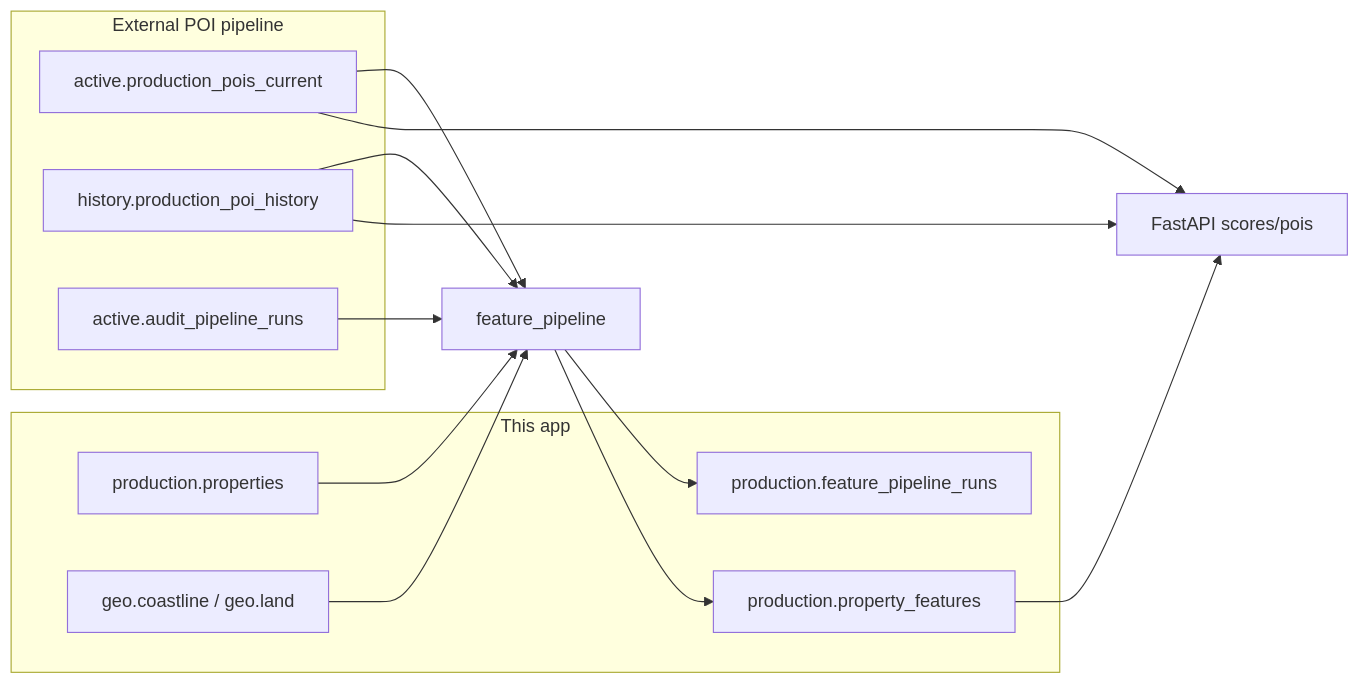
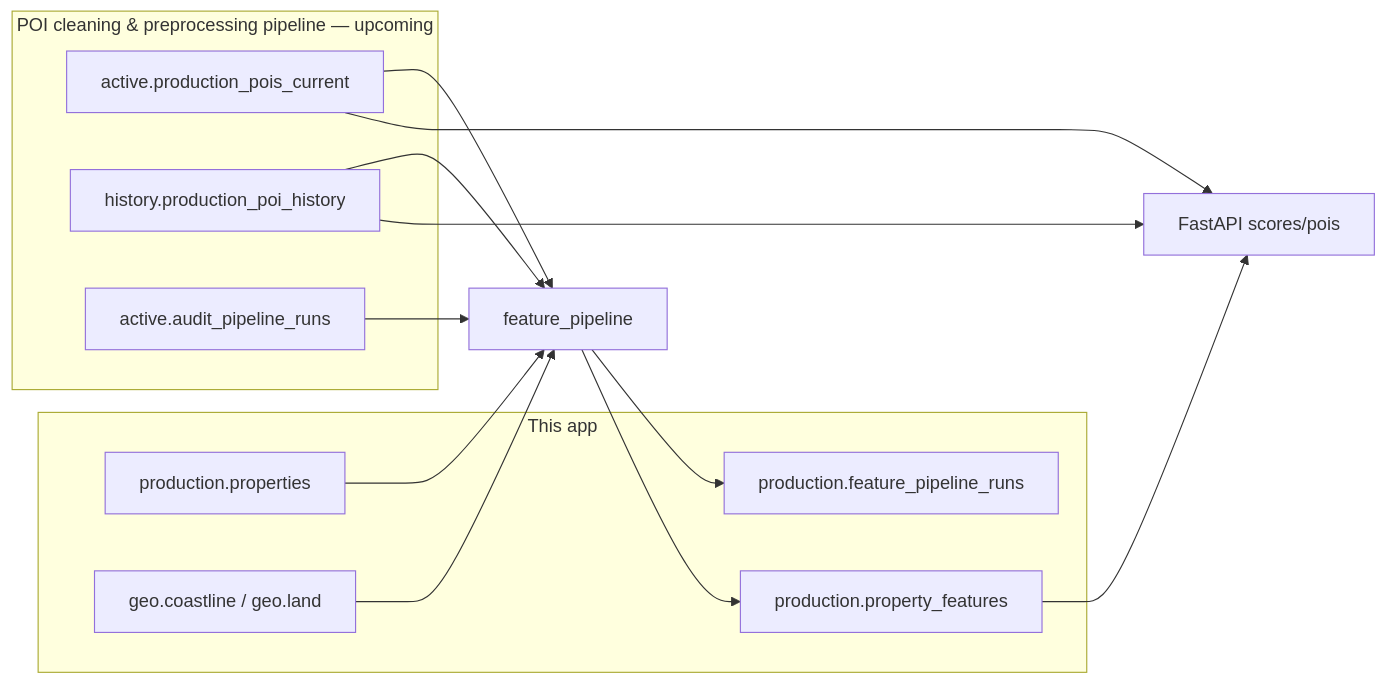
One commit to OussamaSounti/pois_scores changed the diagram in docs/DATA_MODEL.md. Above: the diagram before and after it, drawn with Mermaid. The commit also changed other lines of this file and 17 other files, not shown here.

First line of the commit message:
docs: consolidate into GUIDE, ARCHITECTURE, DATA_MODEL, PLATFORM_REFERENCE and score spec

````diff
--- a/docs/DATA_MODEL.md
+++ b/docs/DATA_MODEL.md
@@ -21,26 +21,26 @@
 ```mermaid
 flowchart LR
-  subgraph external [External POI pipeline]
+  subgraph poi_pipeline [POI cleaning & preprocessing pipeline — upcoming]
     POI[active.production_pois_current]
     HIST[history.production_poi_history]
     AUDIT[active.audit_pipeline_runs]
   end
 
   subgraph app [This app]
     PROPS[production.properties]
     FEAT[production.property_features]
     RUNS[production.feature_pipeline_runs]
     GEO[geo.coastline / geo.land]
   end
 
   POI --> API[FastAPI scores/pois]
   HIST --> API
   POI --> Pipeline[feature_pipeline]
   HIST --> Pipeline
   AUDIT --> Pipeline
   PROPS --> Pipeline
   GEO --> Pipeline
   Pipeline --> FEAT
   Pipeline --> RUNS
   FEAT --> API
 ```
````
